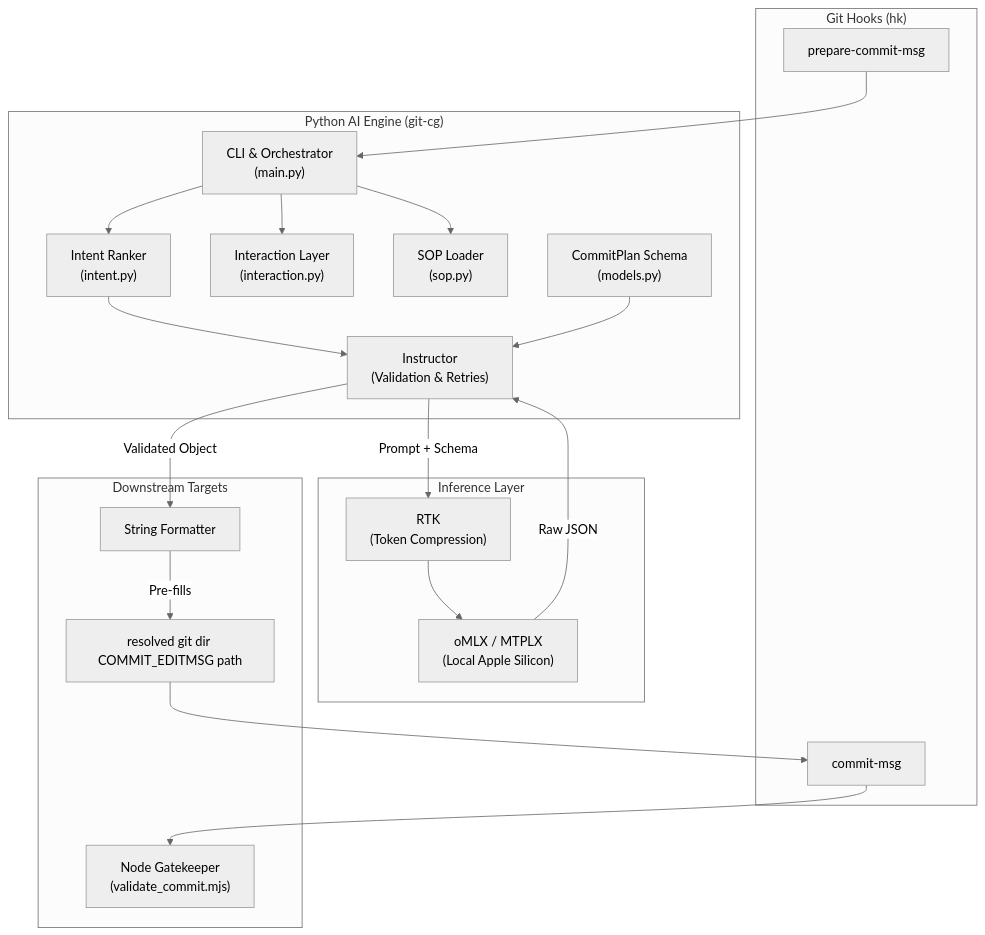
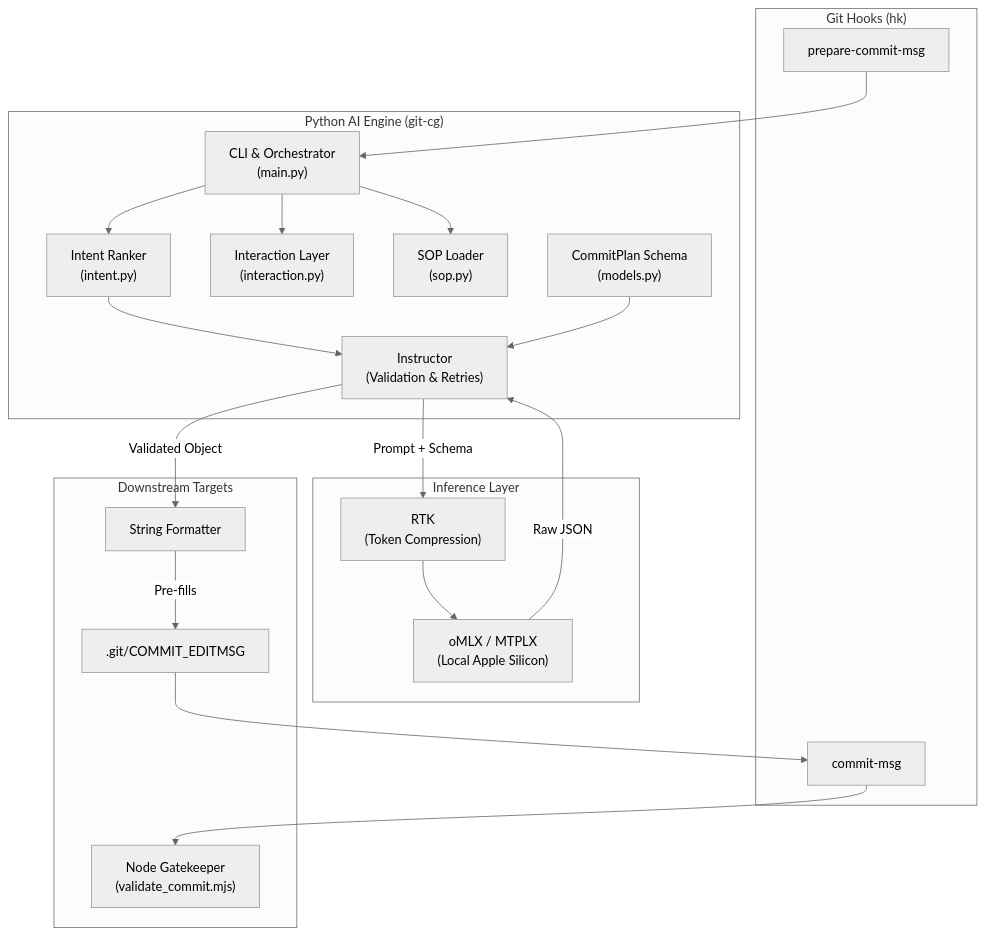
One commit to Thomo1318/gitCommitGenerator changed the diagram in README.md. Above: the diagram before and after it, drawn with Mermaid (neutral theme). The commit also changed other lines of this file and 12 other files, not shown here.

````diff
--- a/README.md
+++ b/README.md
@@ -55,39 +57,39 @@
 ```mermaid
 flowchart TD
     subgraph Git ["Git Hooks (hk)"]
         PrepareHook["prepare-commit-msg"]
         CommitMsgHook["commit-msg"]
     end
 
     subgraph Intelligence ["Python AI Engine (git-cg)"]
         Main["CLI & Orchestrator<br/>(main.py)"]
         Ranker["Intent Ranker<br/>(intent.py)"]
         Interaction["Interaction Layer<br/>(interaction.py)"]
         SOPLoader["SOP Loader<br/>(sop.py)"]
         Pydantic["CommitPlan Schema<br/>(models.py)"]
         Instructor["Instructor<br/>(Validation & Retries)"]
 
         PrepareHook --> Main
         Main --> SOPLoader
         Main --> Ranker
         Main --> Interaction
         Ranker --> Instructor
         Pydantic --> Instructor
     end
 
     subgraph Execution ["Inference Layer"]
         RTK["RTK<br/>(Token Compression)"]
         LLM["oMLX / MTPLX<br/>(Local Apple Silicon)"]
 
         Instructor -- "Prompt + Schema" --> RTK
         RTK --> LLM
         LLM -- "Raw JSON" --> Instructor
     end
 
     subgraph Outputs ["Downstream Targets"]
         Instructor -->|Validated Object| Formatter["String Formatter"]
-        Formatter -->|Pre-fills| Target["resolved git dir COMMIT_EDITMSG path"]
+        Formatter -->|Pre-fills| Target[".git/COMMIT_EDITMSG"]
         Target --> CommitMsgHook
         CommitMsgHook --> Gatekeeper["Node Gatekeeper<br/>(validate_commit.mjs)"]
     end
 ```
````
